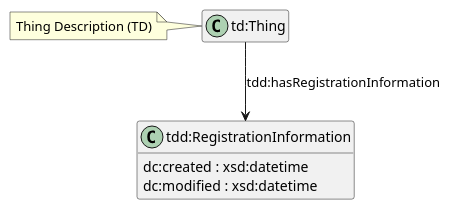
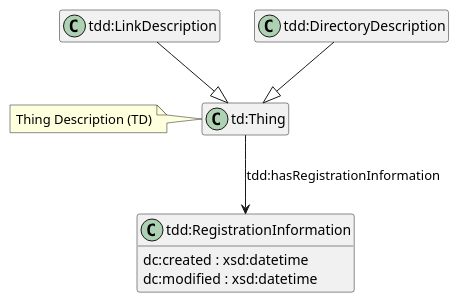
The diagram in images/registration-information-diagram.puml (w3c/wot-discovery), drawn with PlantUML before and after one commit.

```diff
--- a/images/registration-information-diagram.puml
+++ b/images/registration-information-diagram.puml
@@ -1,18 +1,23 @@
 @startuml
 hide members
 class "td:Thing"
 
 class "tdd:RegistrationInformation" {
   dc:created : xsd:datetime
   dc:modified : xsd:datetime
 }
 
 
 note left of "td:Thing" 
   Thing Description (TD)
 end note
 
+
 "td:Thing" --> "tdd:RegistrationInformation" : "tdd:hasRegistrationInformation"
+
+
+"tdd:LinkDescription" --|> "td:Thing"
+"tdd:DirectoryDescription" --|> "td:Thing"
 
 show "tdd:RegistrationInformation" attributes
 @enduml
```
